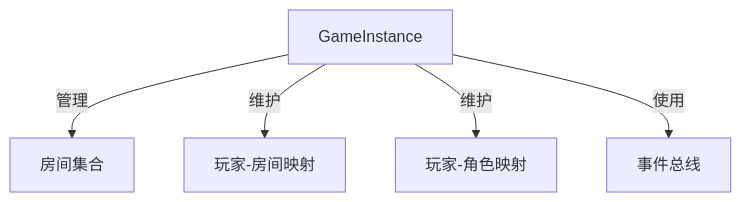
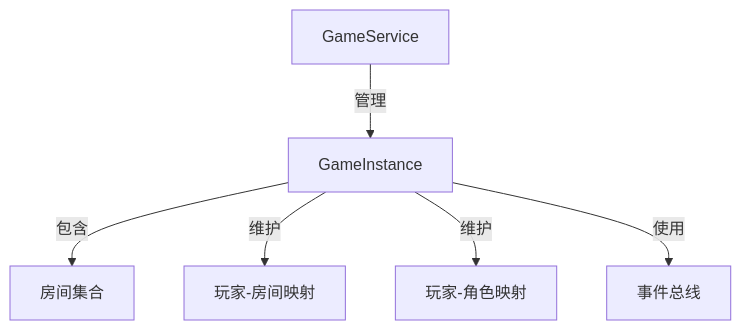
The second of 6 diagrams in docs/架构.md (crossagent/paotuan), drawn with Mermaid before and after one commit. The commit also changed other lines of this file and 9 other files, not shown here.

````diff
--- a/docs/架构.md
+++ b/docs/架构.md
@@ -106,7 +110,8 @@
 ```mermaid
 graph TD
-    GameInstance --> |管理| Rooms[房间集合]
+    GameService --> |管理| GameInstance
+    GameInstance --> |包含| Rooms[房间集合]
     GameInstance --> |维护| PlayerRoomMap[玩家-房间映射]
     GameInstance --> |维护| PlayerCharacterMap[玩家-角色映射]
     GameInstance --> |使用| EventBus[事件总线]
 ```
````
